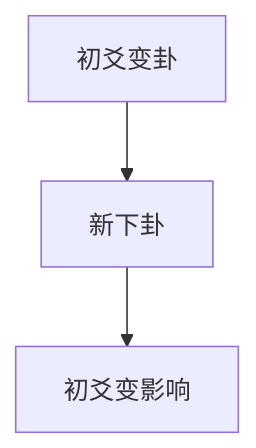
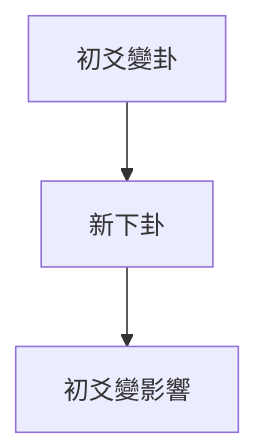
The eighth of 13 diagrams in 3 Resources/04-Interests/易学/03-占卜方法/梅花易数入门.md (kmjade/knowledge-value), drawn with Mermaid before and after one commit. The commit also changed other lines of this file and 49 other files, not shown here.

````diff
--- a/3 Resources/04-Interests/易学/03-占卜方法/梅花易数入门.md
+++ b/3 Resources/04-Interests/易学/03-占卜方法/梅花易数入门.md
@@ -264,6 +264,6 @@
 ```mermaid
 graph TB
-    A[初爻变卦] --> B[新下卦]
+    A[初爻變卦] --> B[新下卦]
     
-    B --> C[初爻变影响]
+    B --> C[初爻變影響]
 ```
````
